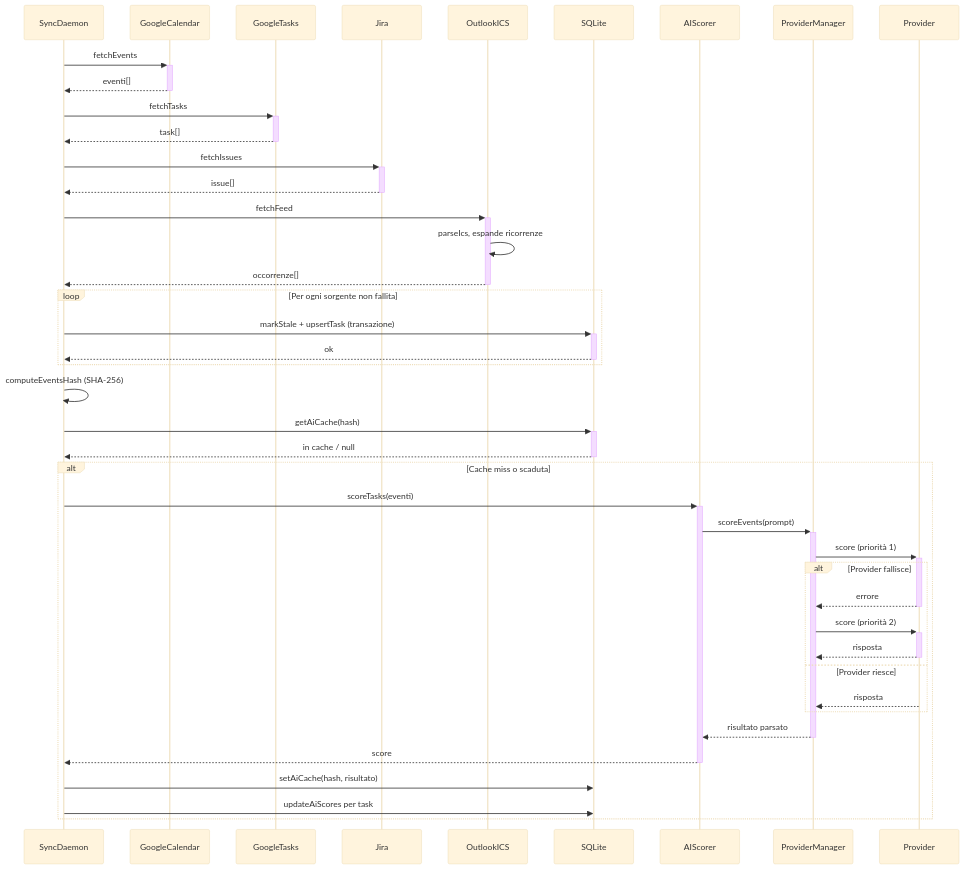
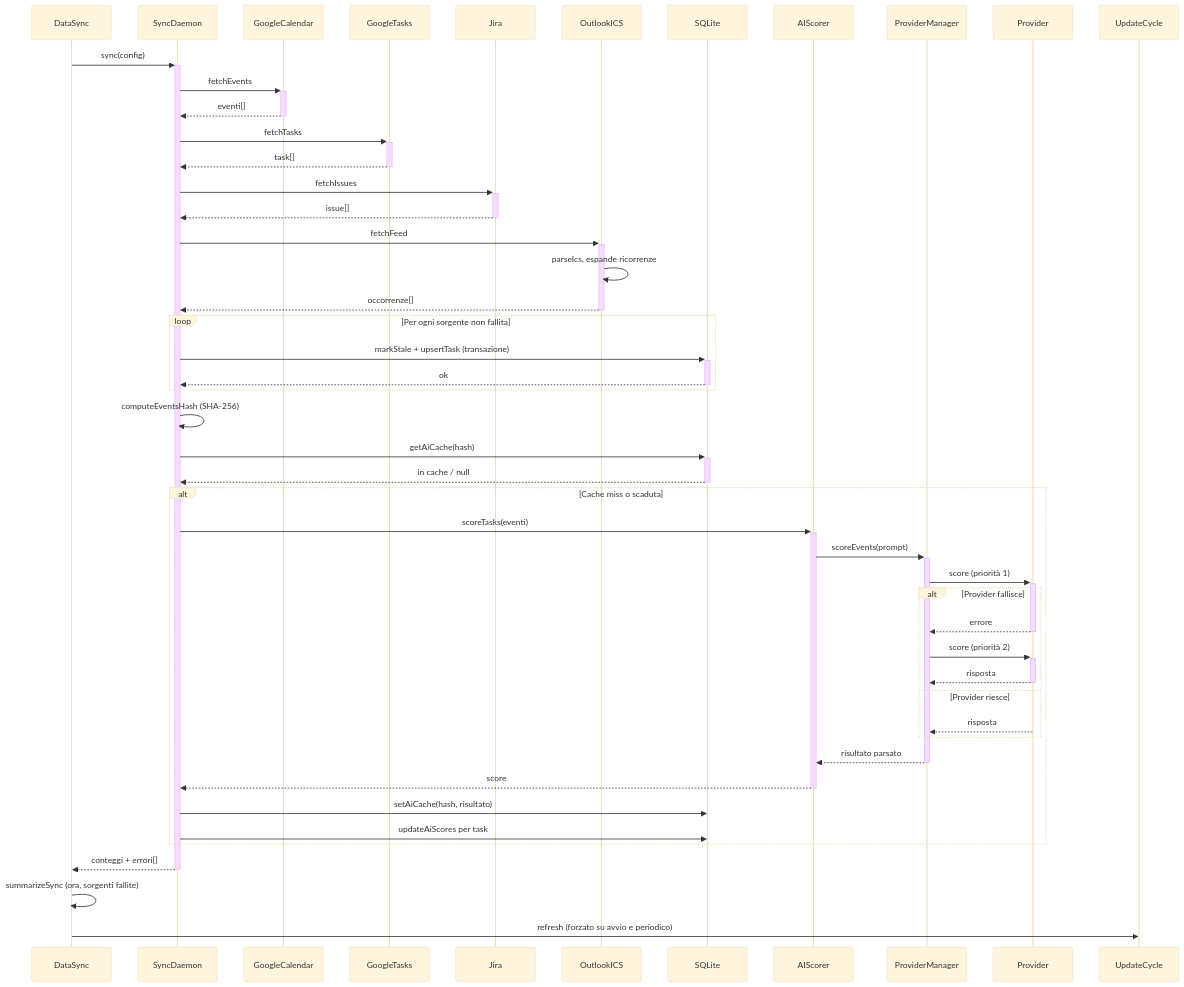
Before and after one commit to AndreaBonn/deadline-aura: the first of 5 diagrams in docs/ARCHITECTURE.it.md, drawn with Mermaid (base theme). The commit also changed other lines of this file and 8 other files, not shown here.

First line of the commit message:
docs: align README, architecture and user guide with v1.8.0

````diff
--- a/docs/ARCHITECTURE.it.md
+++ b/docs/ARCHITECTURE.it.md
@@ -15,54 +19,61 @@
 ```mermaid
 sequenceDiagram
+  participant ds as DataSync
   participant sd as SyncDaemon
   participant gcal as GoogleCalendar
   participant gtasks as GoogleTasks
   participant jira as Jira
   participant outlook as OutlookICS
   participant db as SQLite
   participant ai as AIScorer
   participant pm as ProviderManager
   participant prov as Provider
+  participant uc as UpdateCycle
 
+  ds->>+sd: sync(config)
   sd->>+gcal: fetchEvents
   gcal-->>-sd: eventi[]
 
   sd->>+gtasks: fetchTasks
   gtasks-->>-sd: task[]
 
   sd->>+jira: fetchIssues
   jira-->>-sd: issue[]
 
   sd->>+outlook: fetchFeed
   outlook->>outlook: parseIcs, espande ricorrenze
   outlook-->>-sd: occorrenze[]
 
   loop Per ogni sorgente non fallita
     sd->>+db: markStale + upsertTask (transazione)
     db-->>-sd: ok
   end
 
   sd->>sd: computeEventsHash (SHA-256)
   sd->>+db: getAiCache(hash)
   db-->>-sd: in cache / null
 
   alt Cache miss o scaduta
     sd->>+ai: scoreTasks(eventi)
     ai->>+pm: scoreEvents(prompt)
     pm->>+prov: score (priorità 1)
 
     alt Provider fallisce
       prov-->>-pm: errore
       pm->>+prov: score (priorità 2)
       prov-->>-pm: risposta
     else Provider riesce
       prov-->>pm: risposta
     end
 
     pm-->>-ai: risultato parsato
     ai-->>-sd: score
 
     sd->>db: setAiCache(hash, risultato)
     sd->>db: updateAiScores per task
   end
+
+  sd-->>-ds: conteggi + errori[]
+  ds->>ds: summarizeSync (ora, sorgenti fallite)
+  ds->>uc: refresh (forzato su avvio e periodico)
 ```
````
